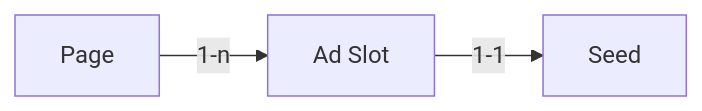
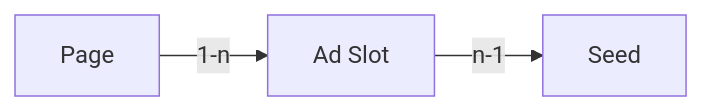
The third of 4 diagrams in mvp-spec/ad-auction.md (OneKey-Network/addressability-framework), drawn with Mermaid before and after one commit. The commit also changed other lines of this file and 2 other files, not shown here.

Commit message:
Switch to the new specification: one Seed to many Ad Slots

````diff
--- a/mvp-spec/ad-auction.md
+++ b/mvp-spec/ad-auction.md
@@ -137,5 +137,5 @@
 ```mermaid
 flowchart LR   
     Page-- 1-n -->AD[Ad Slot]
-    AD[Ad Slot]-- 1-1 -->Seed 
+    AD[Ad Slot]-- n-1 -->Seed 
 ```
````
